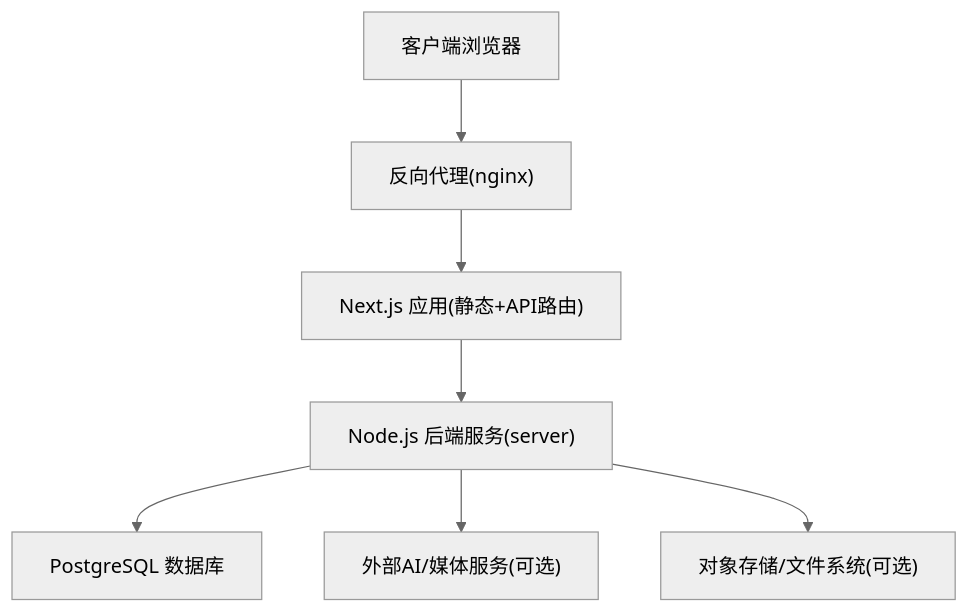
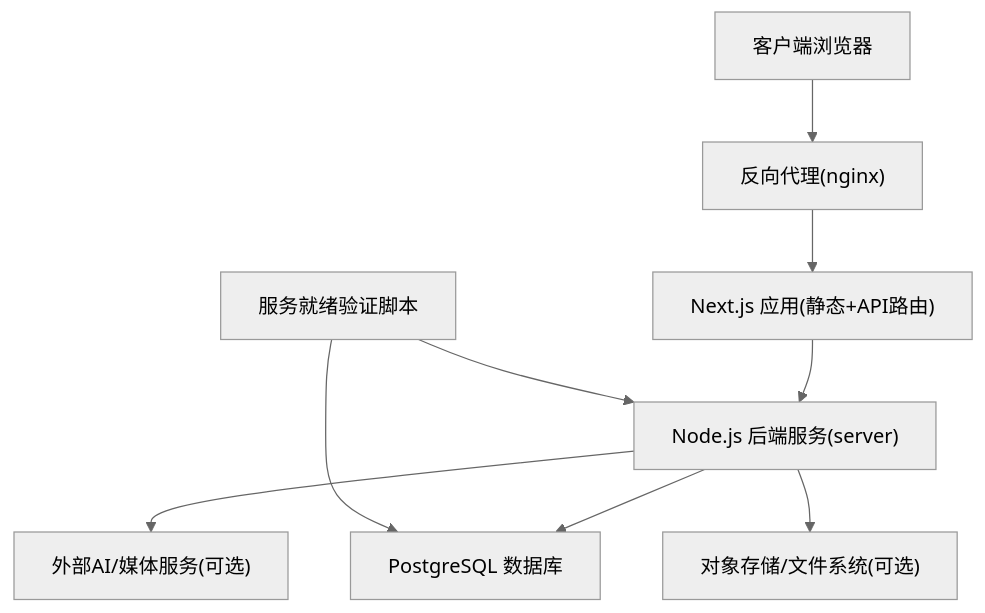
The first of 3 diagrams in .qoder/repowiki/zh/content/部署指南/部署指南.md (scottcwy/PurpleInk), drawn with Mermaid (neutral theme) before and after one commit. The commit also changed other lines of this file and 48 other files, not shown here.

````diff
--- a/.qoder/repowiki/zh/content/部署指南/部署指南.md
+++ b/.qoder/repowiki/zh/content/部署指南/部署指南.md
@@ -73,9 +81,11 @@
 ```mermaid
 graph TB
 A["客户端浏览器"] --> B["反向代理(nginx)"]
 B --> C["Next.js 应用(静态+API路由)"]
 C --> D["Node.js 后端服务(server)"]
 D --> E["PostgreSQL 数据库"]
 D --> F["外部AI/媒体服务(可选)"]
 D --> G["对象存储/文件系统(可选)"]
+H["服务就绪验证脚本"] --> D
+H --> E
 ```
````
